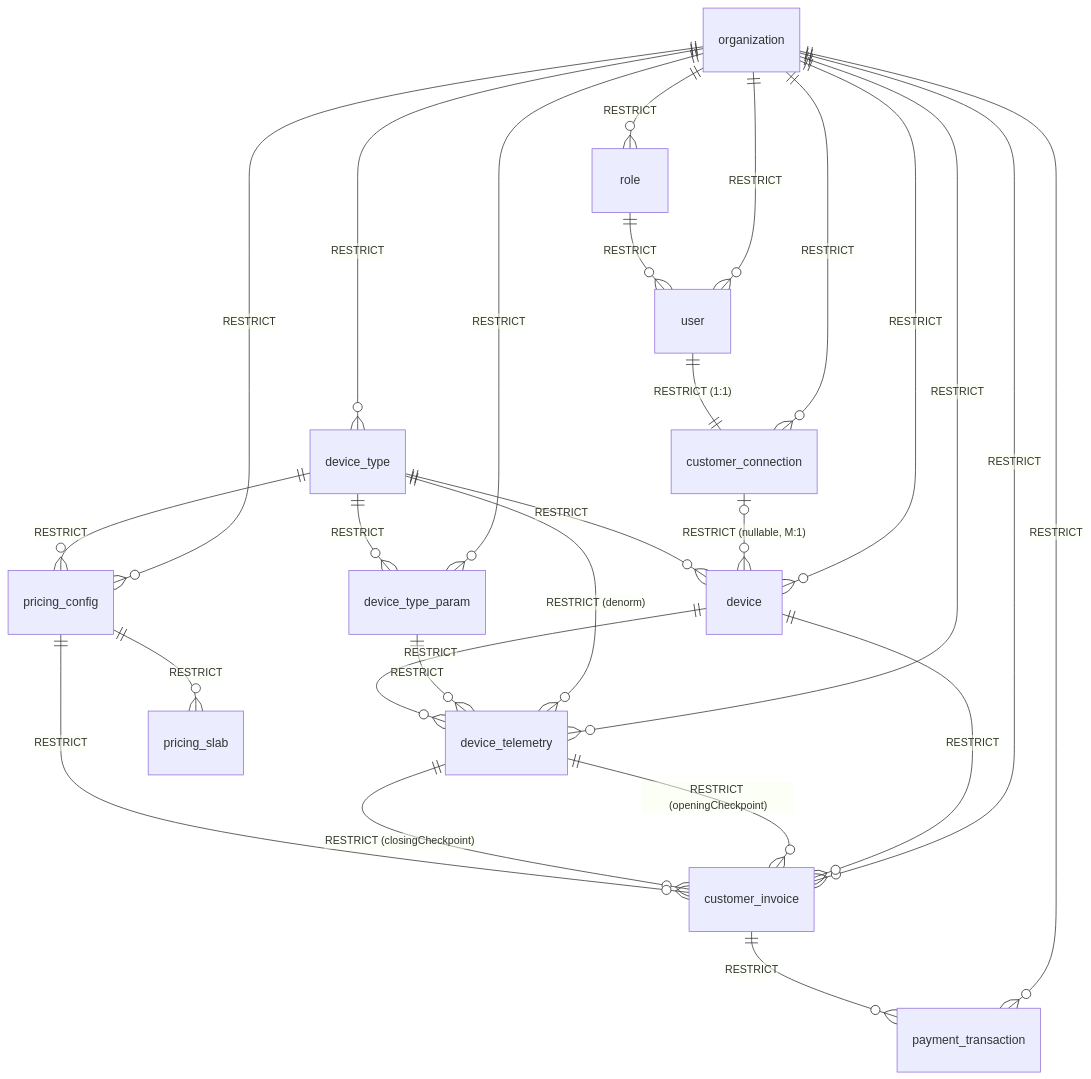
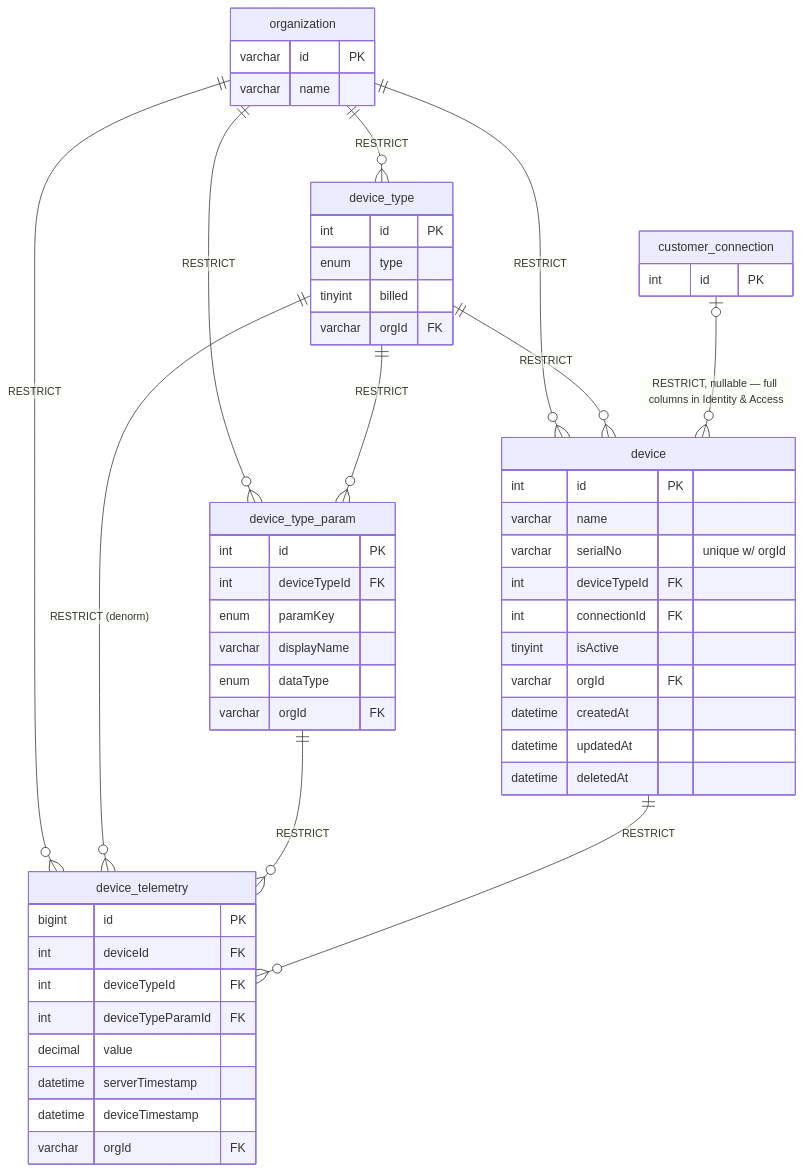
The second of 3 diagrams in backend/docs/db-tables.md (parthkamal/ubiqedge), drawn with Mermaid before and after one commit. The commit also changed other lines of this file, not shown here.

Commit message:
table diagrams

````diff
--- a/backend/docs/db-tables.md
+++ b/backend/docs/db-tables.md
@@ -325,37 +386,62 @@
 ```mermaid
 erDiagram
-    organization ||--o{ role : "RESTRICT"
-    organization ||--o{ user : "RESTRICT"
-    organization ||--o{ customer_connection : "RESTRICT"
-    organization ||--o{ device_type : "RESTRICT"
-    organization ||--o{ device_type_param : "RESTRICT"
-    organization ||--o{ device : "RESTRICT"
-    organization ||--o{ device_telemetry : "RESTRICT"
-    organization ||--o{ pricing_config : "RESTRICT"
-    organization ||--o{ customer_invoice : "RESTRICT"
-    organization ||--o{ payment_transaction : "RESTRICT"
+    organization {
+        varchar id PK
+        varchar name
+    }
 
-    role ||--o{ user : "RESTRICT"
+    customer_connection {
+        int id PK
+    }
 
-    user ||--|| customer_connection : "RESTRICT (1:1)"
+    device_type {
+        int id PK
+        enum type
+        tinyint billed
+        varchar orgId FK
+    }
 
-    customer_connection |o--o{ device : "RESTRICT (nullable, M:1)"
+    device_type_param {
+        int id PK
+        int deviceTypeId FK
+        enum paramKey
+        varchar displayName
+        enum dataType
+        varchar orgId FK
+    }
 
-    device_type ||--o{ device_type_param : "RESTRICT"
-    device_type ||--o{ device : "RESTRICT"
+    device {
+        int id PK
+        varchar name
+        varchar serialNo "unique w/ orgId"
+        int deviceTypeId FK
+        int connectionId FK
+        tinyint isActive
+        varchar orgId FK
+        datetime createdAt
+        datetime updatedAt
+        datetime deletedAt
+    }
+
+    device_telemetry {
+        bigint id PK
+        int deviceId FK
+        int deviceTypeId FK
+        int deviceTypeParamId FK
+        decimal value
+        datetime serverTimestamp
+        datetime deviceTimestamp
+        varchar orgId FK
+    }
+
+    organization ||--o{ device_type : RESTRICT
+    organization ||--o{ device_type_param : RESTRICT
+    organization ||--o{ device : RESTRICT
+    organization ||--o{ device_telemetry : RESTRICT
+    device_type ||--o{ device_type_param : RESTRICT
+    device_type ||--o{ device : RESTRICT
     device_type ||--o{ device_telemetry : "RESTRICT (denorm)"
-    device_type ||--o{ pricing_config : "RESTRICT"
-
-    device_type_param ||--o{ device_telemetry : "RESTRICT"
-
-    device ||--o{ device_telemetry : "RESTRICT"
-    device ||--o{ customer_invoice : "RESTRICT"
-
-    device_telemetry ||--o{ customer_invoice : "RESTRICT (openingCheckpoint)"
-    device_telemetry ||--o{ customer_invoice : "RESTRICT (closingCheckpoint)"
-
-    pricing_config ||--o{ pricing_slab : "RESTRICT"
-    pricing_config ||--o{ customer_invoice : "RESTRICT"
-
-    customer_invoice ||--o{ payment_transaction : "RESTRICT"
+    device_type_param ||--o{ device_telemetry : RESTRICT
+    device ||--o{ device_telemetry : RESTRICT
+    customer_connection |o--o{ device : "RESTRICT, nullable — full columns in Identity & Access"
 ```
````
